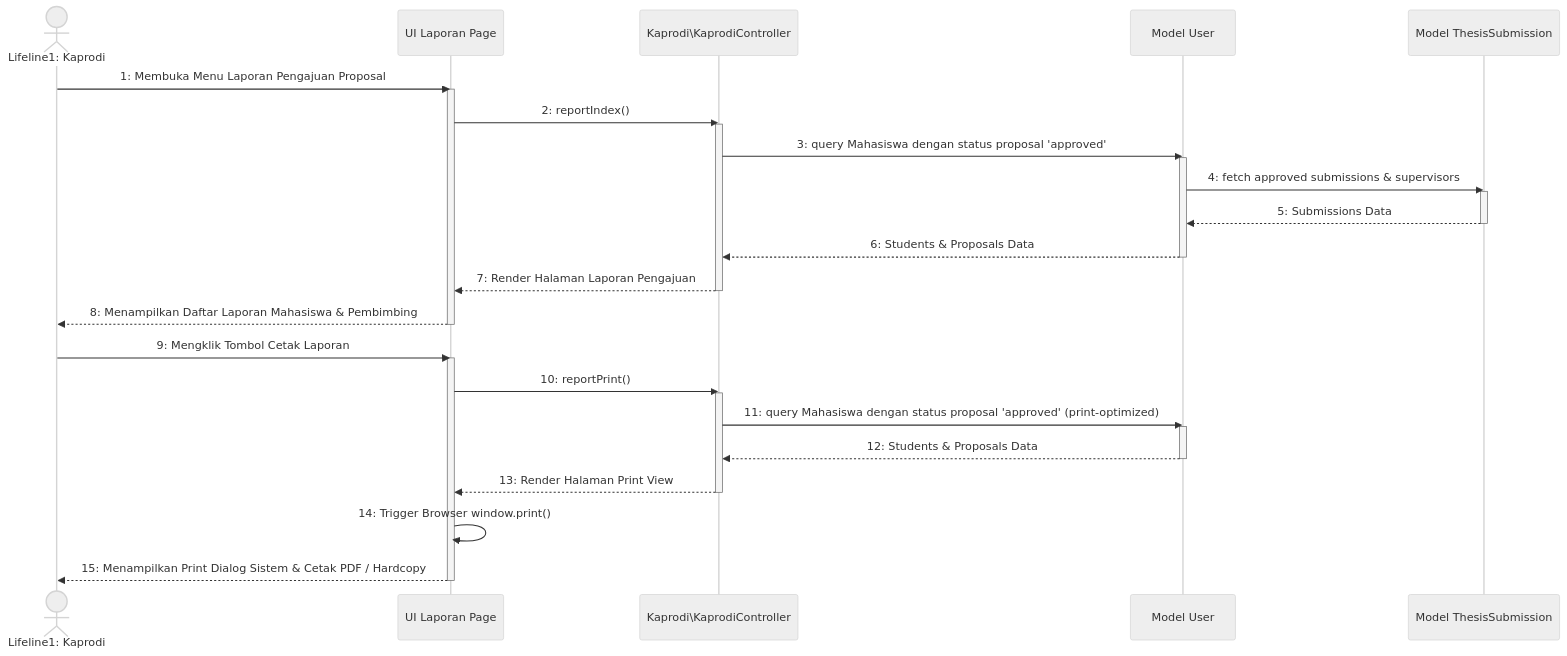
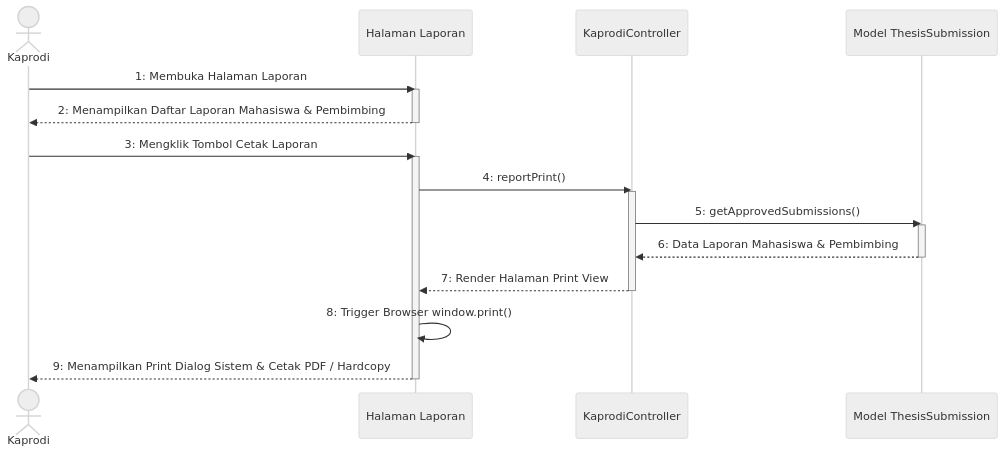
Before and after one commit to Duandi04/ta_submission: the diagram in docs/uml/Sequence Diagram/Kaprodi/sequence_diagram_cetak_laporan_pengajuan_proposal.md, drawn with Mermaid (neutral theme). The commit also changed 8 other files, not shown here.

Commit message:
refactor: simplify sequence diagrams by removing backend service and library layers to focus on core controller-model interactions

````diff
--- a/docs/uml/Sequence Diagram/Kaprodi/sequence_diagram_cetak_laporan_pengajuan_proposal.md
+++ b/docs/uml/Sequence Diagram/Kaprodi/sequence_diagram_cetak_laporan_pengajuan_proposal.md
@@ -5,39 +5,32 @@
 ```mermaid
 sequenceDiagram
-    actor Kaprodi as Lifeline1: Kaprodi
-    participant UI as UI Laporan Page
-    participant Ctrl as Kaprodi\KaprodiController
-    participant Model as Model User
-    participant Submission as Model ThesisSubmission
+    actor Kaprodi as Kaprodi
+    participant UI as Halaman Laporan
+    participant Ctrl as KaprodiController
+    participant Model as Model ThesisSubmission
 
-    Kaprodi->>UI: 1: Membuka Menu Laporan Pengajuan Proposal
+    %% ==========================================
+    %% TAHAP AWAL: MEMBUKA HALAMAN LAPORAN
+    %% ==========================================
+    Kaprodi->>UI: 1: Membuka Halaman Laporan
     activate UI
-    UI->>Ctrl: 2: reportIndex()
-    activate Ctrl
-    Ctrl->>Model: 3: query Mahasiswa dengan status proposal 'approved'
-    activate Model
-    Model->>Submission: 4: fetch approved submissions & supervisors
-    activate Submission
-    Submission-->>Model: 5: Submissions Data
-    deactivate Submission
-    Model-->>Ctrl: 6: Students & Proposals Data
-    deactivate Model
-    Ctrl-->>UI: 7: Render Halaman Laporan Pengajuan
-    deactivate Ctrl
-    UI-->>Kaprodi: 8: Menampilkan Daftar Laporan Mahasiswa & Pembimbing
+    UI-->>Kaprodi: 2: Menampilkan Daftar Laporan Mahasiswa & Pembimbing
     deactivate UI
 
-    Kaprodi->>UI: 9: Mengklik Tombol Cetak Laporan
+    %% ==========================================
+    %% TAHAP LANJUTAN: CETAK LAPORAN
+    %% ==========================================
+    Kaprodi->>UI: 3: Mengklik Tombol Cetak Laporan
     activate UI
-    UI->>Ctrl: 10: reportPrint()
+    UI->>Ctrl: 4: reportPrint()
     activate Ctrl
-    Ctrl->>Model: 11: query Mahasiswa dengan status proposal 'approved' (print-optimized)
+    Ctrl->>Model: 5: getApprovedSubmissions()
     activate Model
-    Model-->>Ctrl: 12: Students & Proposals Data
+    Model-->>Ctrl: 6: Data Laporan Mahasiswa & Pembimbing
     deactivate Model
-    Ctrl-->>UI: 13: Render Halaman Print View
+    Ctrl-->>UI: 7: Render Halaman Print View
     deactivate Ctrl
-    UI->>UI: 14: Trigger Browser window.print()
-    UI-->>Kaprodi: 15: Menampilkan Print Dialog Sistem & Cetak PDF / Hardcopy
+    UI->>UI: 8: Trigger Browser window.print()
+    UI-->>Kaprodi: 9: Menampilkan Print Dialog Sistem & Cetak PDF / Hardcopy
     deactivate UI
 ```
````
